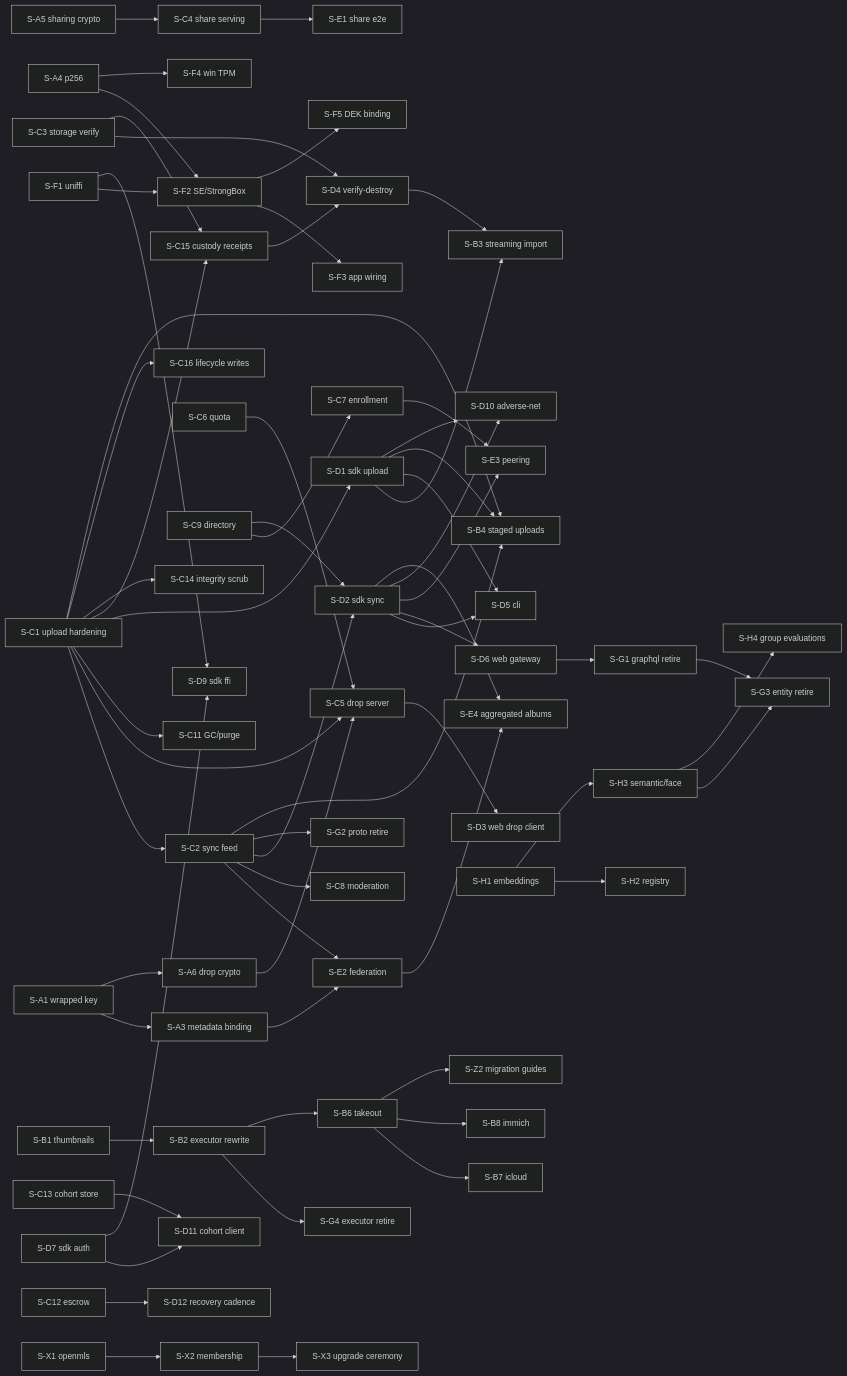
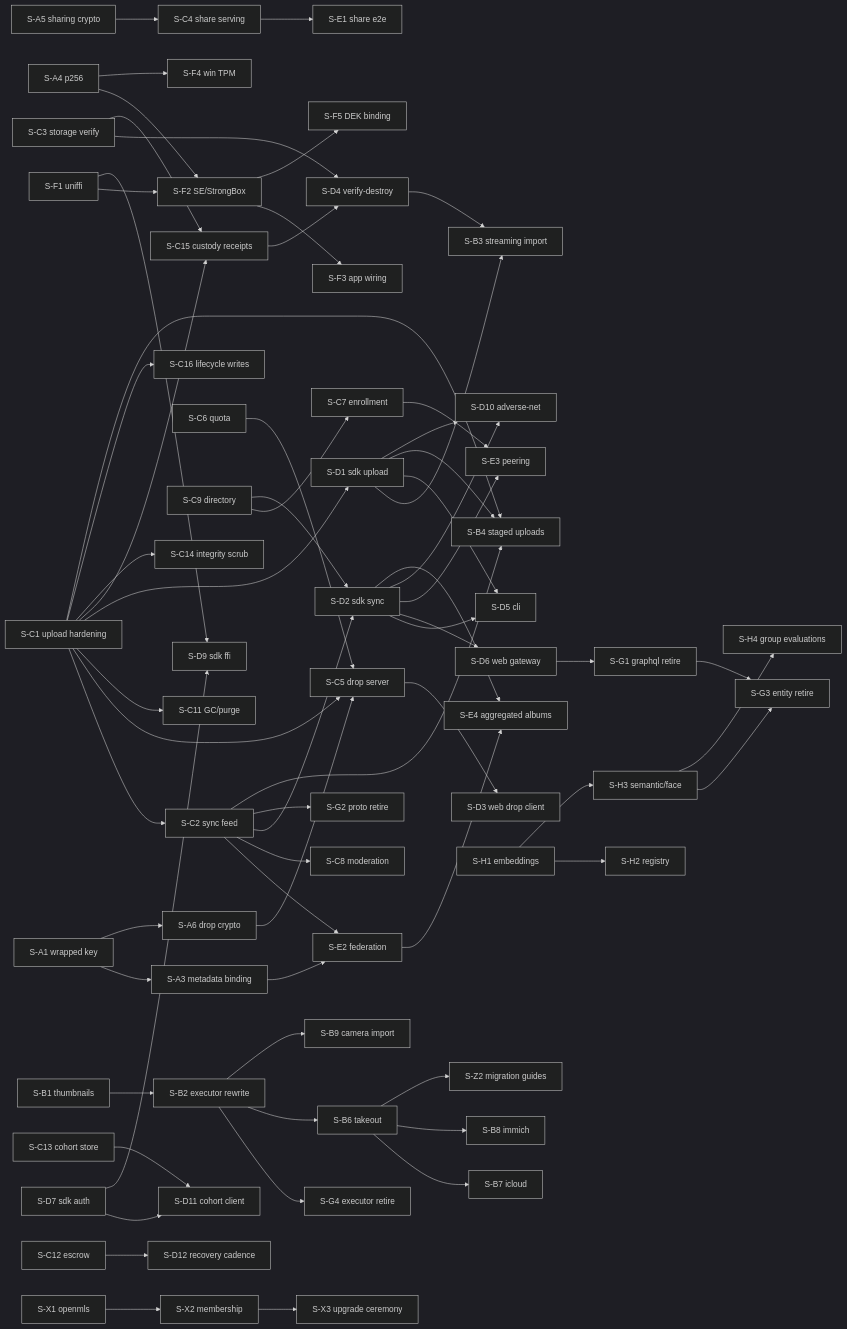
Before and after one commit to Capsulsaurus/Capsule: the diagram in SLICES.md, drawn with Mermaid (dark theme). The commit also changed other lines of this file and 4 other files, not shown here.

First line of the commit message:
docs(design): specify tethered camera import over PTP/IP

````diff
--- a/SLICES.md
+++ b/SLICES.md
@@ -135,49 +136,50 @@
 ```mermaid
 graph LR
   A1[S-A1 wrapped key] --> A3[S-A3 metadata binding] --> E2[S-E2 federation]
   A1 --> A6[S-A6 drop crypto] --> C5[S-C5 drop server] --> D3[S-D3 web drop client]
   A5[S-A5 sharing crypto] --> C4[S-C4 share serving] --> E1[S-E1 share e2e]
   A4[S-A4 p256] --> F2[S-F2 SE/StrongBox] --> F3[S-F3 app wiring]
   F1[S-F1 uniffi] --> F2
   F2 --> F5[S-F5 DEK binding]
   A4 --> F4[S-F4 win TPM]
   C1[S-C1 upload hardening] --> C2[S-C2 sync feed] --> E2
   C1 --> C5
   C1 --> C11[S-C11 GC/purge]
   C1 --> D1[S-D1 sdk upload]
   C2 --> C8[S-C8 moderation]
   C2 --> D2[S-D2 sdk sync] --> D5[S-D5 cli]
   C2 --> G2[S-G2 proto retire]
   C6[S-C6 quota] --> C5
   C9[S-C9 directory] --> C7[S-C7 enrollment] --> E3[S-E3 peering]
   C9 --> D2 --> D6[S-D6 web gateway] --> G1[S-G1 graphql retire] --> G3[S-G3 entity retire]
   C3[S-C3 storage verify] --> D4[S-D4 verify-destroy] --> B3[S-B3 streaming import]
   C1 --> C15[S-C15 custody receipts]
   C3 --> C15
   C15 --> D4
   C1 --> C14[S-C14 integrity scrub]
   C1 --> C16[S-C16 lifecycle writes]
   D1 --> B3
   D1 --> D5
   D2 --> E3
   B1[S-B1 thumbnails] --> B2[S-B2 executor rewrite] --> G4[S-G4 executor retire]
   B2 --> B6[S-B6 takeout] --> B7[S-B7 icloud]
   B6 --> B8[S-B8 immich]
   B6 --> Z2[S-Z2 migration guides]
+  B2 --> B9[S-B9 camera import]
   H1[S-H1 embeddings] --> H2[S-H2 registry]
   H1 --> H3[S-H3 semantic/face] --> G3
   X1[S-X1 openmls] --> X2[S-X2 membership] --> X3[S-X3 upgrade ceremony]
   C1 --> B4[S-B4 staged uploads]
   C2 --> B4
   D1 --> B4
   D1 --> D10[S-D10 adverse-net]
   D2 --> D10
   C13[S-C13 cohort store] --> D11[S-D11 cohort client]
   D7[S-D7 sdk auth] --> D11
   D7 --> D9[S-D9 sdk ffi]
   F1 --> D9
   C12[S-C12 escrow] --> D12[S-D12 recovery cadence]
   E2 --> E4[S-E4 aggregated albums]
   D2 --> E4
   H3 --> H4[S-H4 group evaluations]
 ```
````
